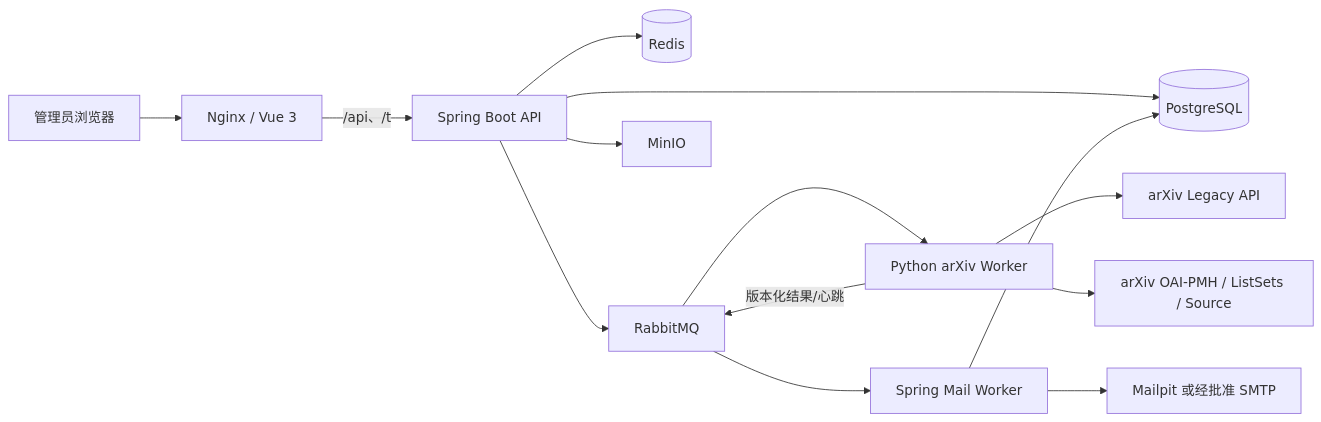
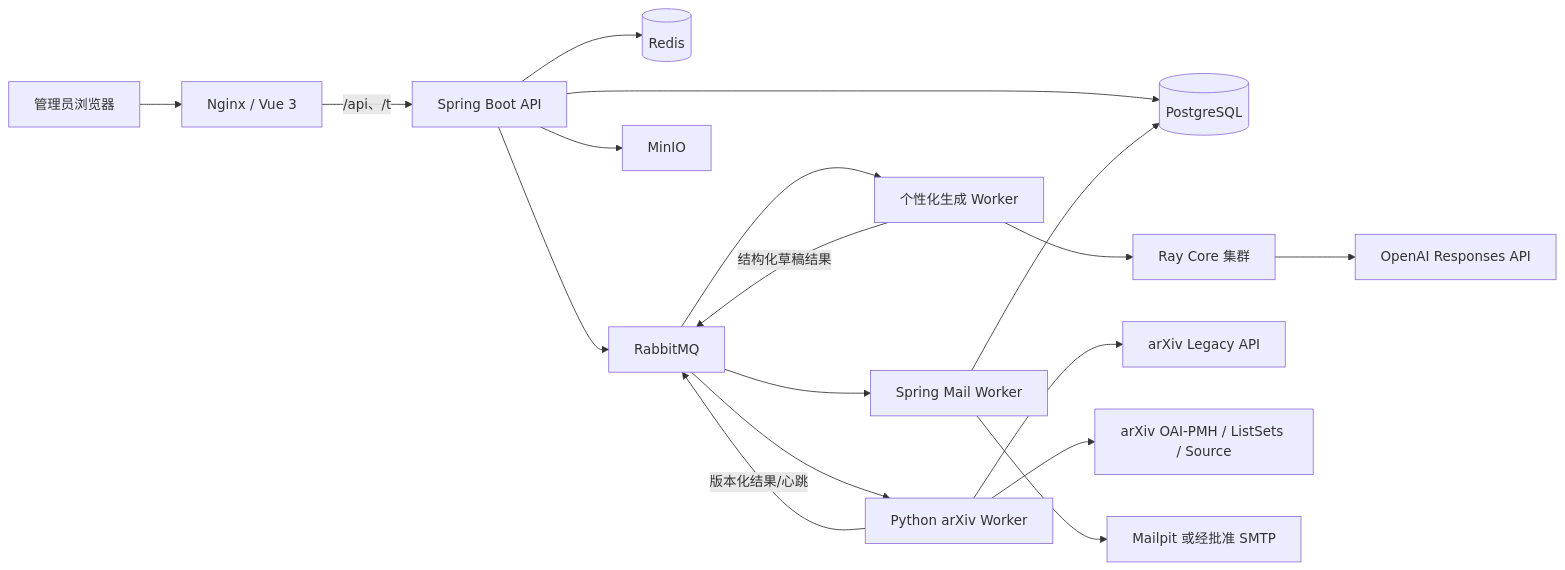
The diagram in docs/ARCHITECTURE.md (MRNOBODY-ZST/CaMelArxivAdv), drawn with Mermaid before and after one commit. The commit also changed other lines of this file and 11 other files, not shown here.

````diff
--- a/docs/ARCHITECTURE.md
+++ b/docs/ARCHITECTURE.md
@@ -7,16 +7,20 @@
 ```mermaid
 flowchart LR
     U["管理员浏览器"] --> N["Nginx / Vue 3"]
     N -->|"/api、/t"| A["Spring Boot API"]
     A --> P[("PostgreSQL")]
     A --> R[("Redis")]
     A --> Q["RabbitMQ"]
     A --> O["MinIO"]
     Q --> W["Python arXiv Worker"]
+    Q --> G["个性化生成 Worker"]
+    G --> RC["Ray Core 集群"]
+    RC --> AI["OpenAI Responses API"]
+    G -->|"结构化草稿结果"| Q
     Q --> M["Spring Mail Worker"]
     W -->|"版本化结果/心跳"| Q
     W --> L["arXiv Legacy API"]
     W --> H["arXiv OAI-PMH / ListSets / Source"]
     M --> D["Mailpit 或经批准 SMTP"]
     M --> P
 ```
````
